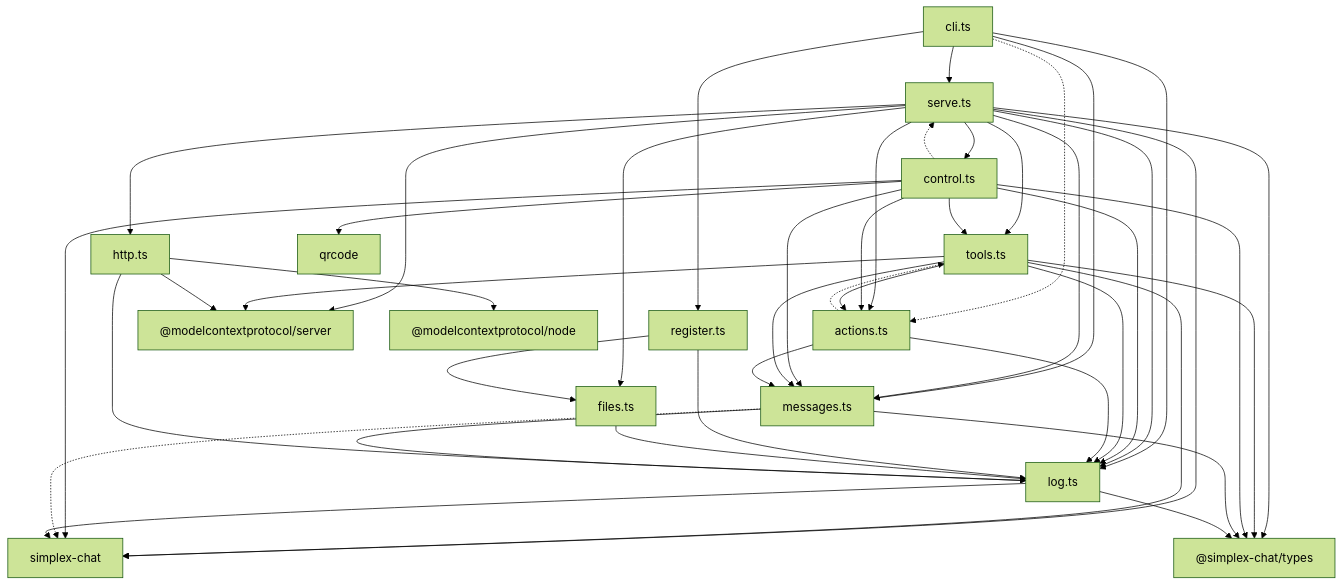
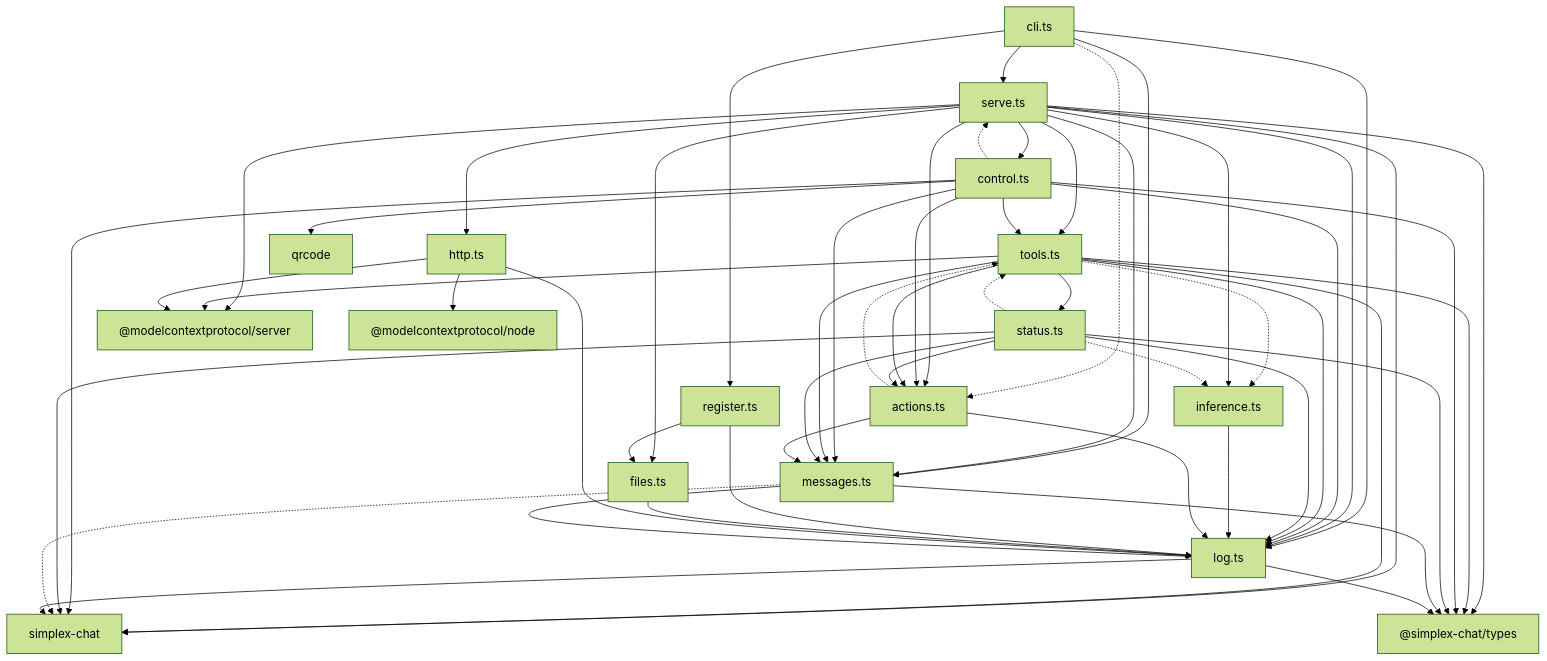
The diagram in packages/simplex-chat-mcp/spec/README.md (simplex-chat/simplex-chat), drawn with Mermaid (forest theme) before and after one commit. The commit also changed other lines of this file and 8 other files, not shown here.

````diff
--- a/packages/simplex-chat-mcp/spec/README.md
+++ b/packages/simplex-chat-mcp/spec/README.md
@@ -34,46 +36,57 @@
 ```mermaid
 graph TD
   cli["cli.ts"] --> serve["serve.ts"]
   cli --> register["register.ts"]
   cli --> messages["messages.ts"]
   cli --> log["log.ts"]
   cli -.-> actions["actions.ts"]
   serve --> control["control.ts"]
   serve --> tools["tools.ts"]
   serve --> actions
   serve --> http["http.ts"]
   serve --> files["files.ts"]
   serve --> messages
   serve --> log
   control --> tools
   control --> actions
   control --> messages
   control --> log
   control -.-> serve
   tools --> actions
   tools --> messages
   tools --> log
+  tools --> status["status.ts"]
+  tools -.-> inference["inference.ts"]
+  serve --> inference
+  status --> actions
+  status --> messages
+  status --> log
+  status -.-> tools
+  status -.-> inference
+  inference --> log
   actions --> messages
   actions --> log
   actions -.-> tools
   register --> files
   register --> log
   files --> log
   http --> log
   messages --> log
   serve --> sc["simplex-chat"]
   tools --> sc
   control --> sc
+  status --> sc
   messages -.-> sc
   log --> sc
   serve --> types["@simplex-chat/types"]
   tools --> types
   control --> types
+  status --> types
   messages --> types
   log --> types
   serve --> mcps["@modelcontextprotocol/server"]
   tools --> mcps
   http --> mcps
   http --> mcpn["@modelcontextprotocol/node"]
   control --> qr["qrcode"]
 ```
````
